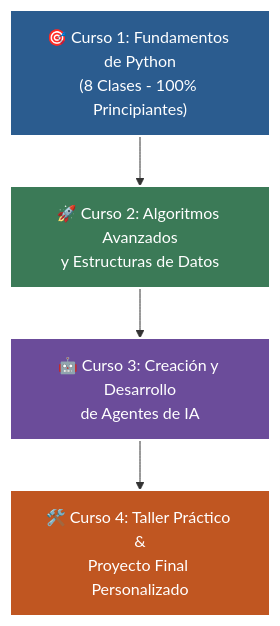
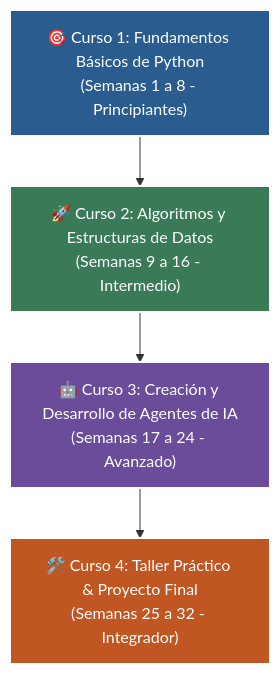
The diagram in docs/index.md (wisrovi/wisrovi-python), drawn with Mermaid before and after one commit. The commit also changed other lines of this file and 308 other files, not shown here.

````diff
--- a/docs/index.md
+++ b/docs/index.md
@@ -19,11 +19,11 @@
 ```mermaid
 flowchart TD
-    C1["🎯 Curso 1: Fundamentos de Python<br/>(8 Clases - 100% Principiantes)"] --> C2["🚀 Curso 2: Algoritmos Avanzados<br/>y Estructuras de Datos"]
-    C2 --> C3["🤖 Curso 3: Creación y Desarrollo<br/>de Agentes de IA"]
-    C3 --> C4["🛠️ Curso 4: Taller Práctico &<br/>Proyecto Final Personalizado"]
+    C1["🎯 Curso 1: Fundamentos Básicos de Python<br/>(Semanas 1 a 8 - Principiantes)"] --> C2["🚀 Curso 2: Algoritmos y Estructuras de Datos<br/>(Semanas 9 a 16 - Intermedio)"]
+    C2 --> C3["🤖 Curso 3: Creación y Desarrollo de Agentes de IA<br/>(Semanas 17 a 24 - Avanzado)"]
+    C3 --> C4["🛠️ Curso 4: Taller Práctico & Proyecto Final<br/>(Semanas 25 a 32 - Integrador)"]
 
     style C1 fill:#2b5c8f,color:#fff,stroke:#fff,stroke-width:2px
     style C2 fill:#3b7a57,color:#fff,stroke:#fff,stroke-width:2px
     style C3 fill:#6b4c9a,color:#fff,stroke:#fff,stroke-width:2px
     style C4 fill:#c05621,color:#fff,stroke:#fff,stroke-width:2px
 ```
````
